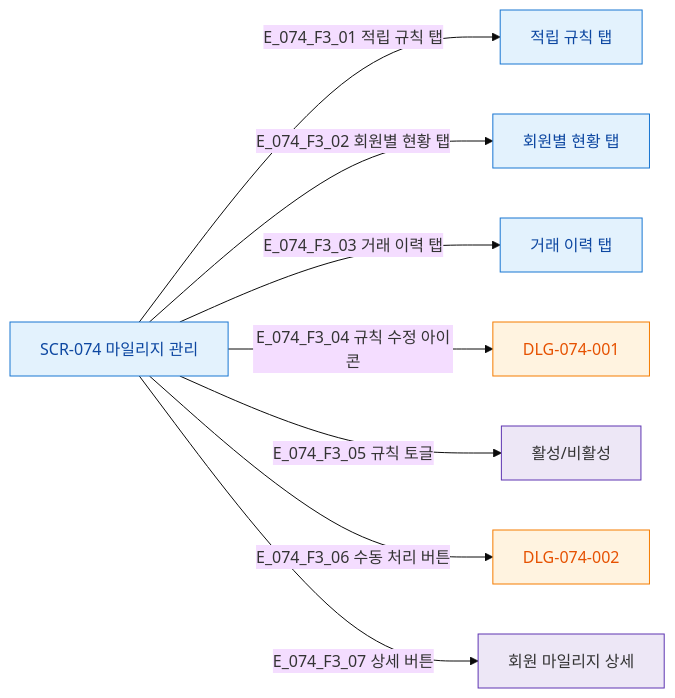
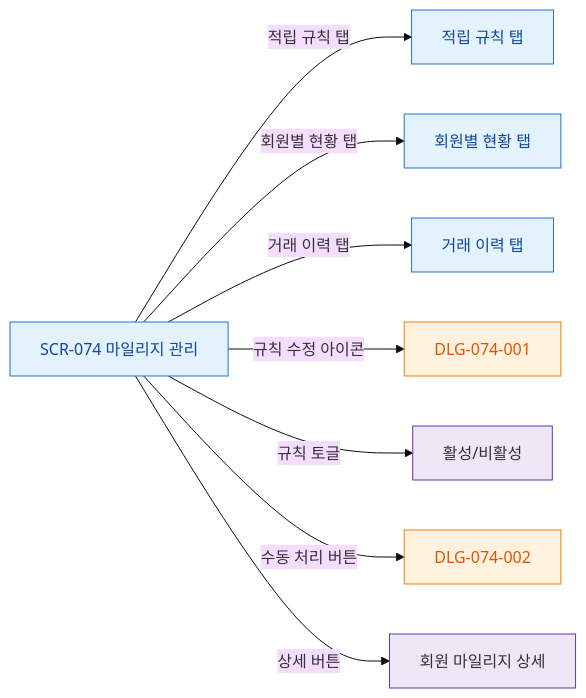
One commit to dev-spogym/admin-pando changed the diagram in docs/다이어그램/D08_마케팅/SCR-074_마일리지관리/F3_버튼액션.md. Above: the diagram before and after it, drawn with Mermaid (base theme). The commit also changed other lines of this file and 1660 other files, not shown here.

First line of the commit message:
다이어그램: 기획자/클라이언트 납품본으로 정리

````diff
--- a/docs/다이어그램/D08_마케팅/SCR-074_마일리지관리/F3_버튼액션.md
+++ b/docs/다이어그램/D08_마케팅/SCR-074_마일리지관리/F3_버튼액션.md
@@ -14,20 +12,20 @@
 ```mermaid
 flowchart LR
   SCR_074[SCR-074 마일리지 관리]
 
-  SCR_074 -->|E_074_F3_01 적립 규칙 탭| TAB_RULE[적립 규칙 탭]
-  SCR_074 -->|E_074_F3_02 회원별 현황 탭| TAB_MEMBER[회원별 현황 탭]
-  SCR_074 -->|E_074_F3_03 거래 이력 탭| TAB_HIST[거래 이력 탭]
-  SCR_074 -->|E_074_F3_04 규칙 수정 아이콘| BTN_EDIT_RULE[DLG-074-001]
-  SCR_074 -->|E_074_F3_05 규칙 토글| BTN_TOGGLE[활성/비활성]
-  SCR_074 -->|E_074_F3_06 수동 처리 버튼| BTN_MANUAL[DLG-074-002]
-  SCR_074 -->|E_074_F3_07 상세 버튼| BTN_DETAIL[회원 마일리지 상세]
+  SCR_074 -->|적립 규칙 탭|TAB_RULE[적립 규칙 탭]
+  SCR_074 -->|회원별 현황 탭|TAB_MEMBER[회원별 현황 탭]
+  SCR_074 -->|거래 이력 탭|TAB_HIST[거래 이력 탭]
+  SCR_074 -->|규칙 수정 아이콘|BTN_EDIT_RULE[DLG-074-001]
+  SCR_074 -->|규칙 토글|BTN_TOGGLE[활성/비활성]
+  SCR_074 -->|수동 처리 버튼|BTN_MANUAL[DLG-074-002]
+  SCR_074 -->|상세 버튼|BTN_DETAIL[회원 마일리지 상세]
 
-  classDef screen      fill:#E3F2FD,stroke:#1976D2,color:#0D47A1
-  classDef modal       fill:#FFF3E0,stroke:#F57C00,color:#E65100
-  classDef system      fill:#EDE7F6,stroke:#5E35B2
+  classDef screen fill:#E3F2FD,stroke:#1976D2,color:#0D47A1
+  classDef modal fill:#FFF3E0,stroke:#F57C00,color:#E65100
+  classDef system fill:#EDE7F6,stroke:#5E35B2
 
   class SCR_074,TAB_RULE,TAB_MEMBER,TAB_HIST screen
   class BTN_EDIT_RULE,BTN_MANUAL modal
   class BTN_TOGGLE,BTN_DETAIL system
 ```
````
